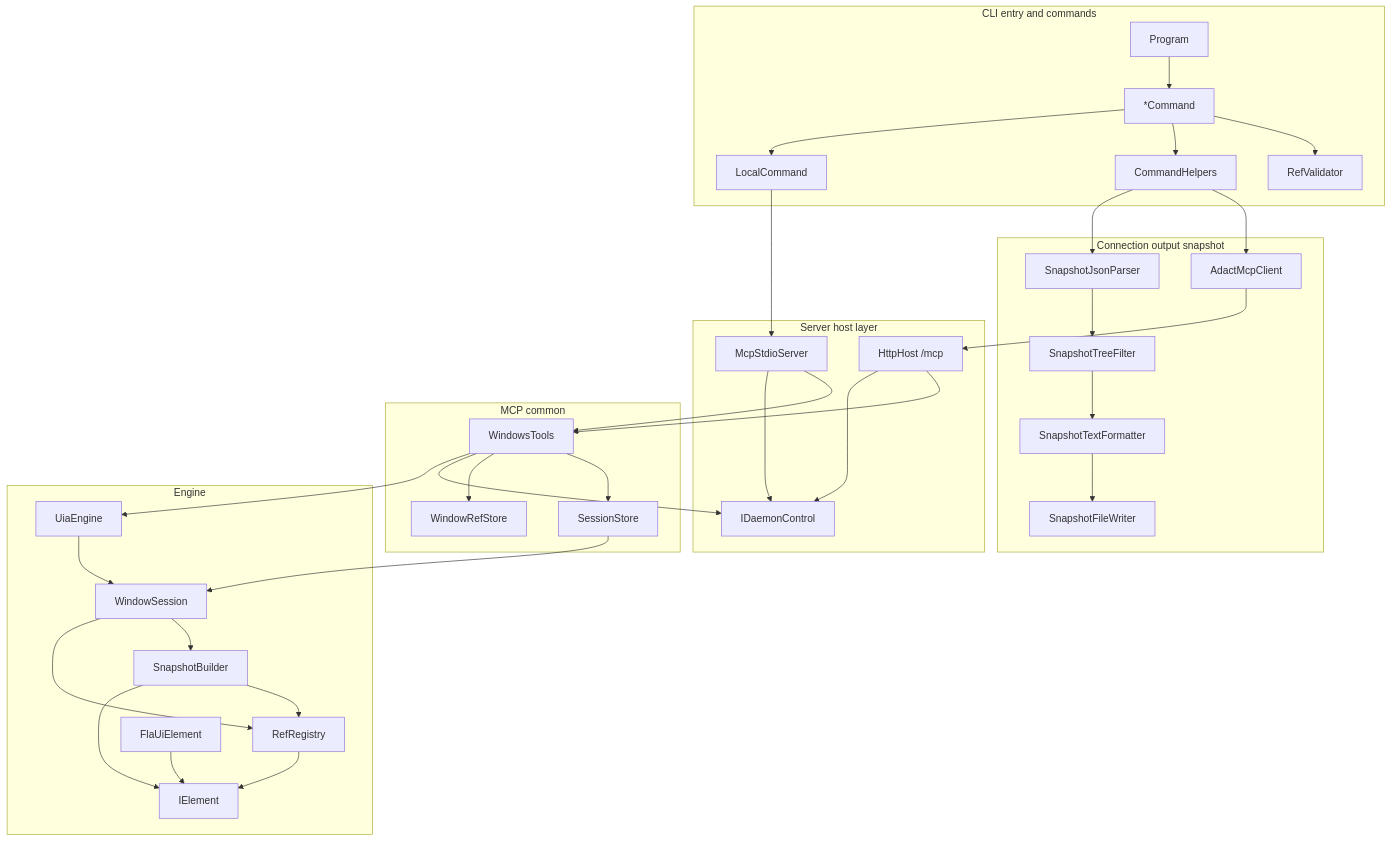
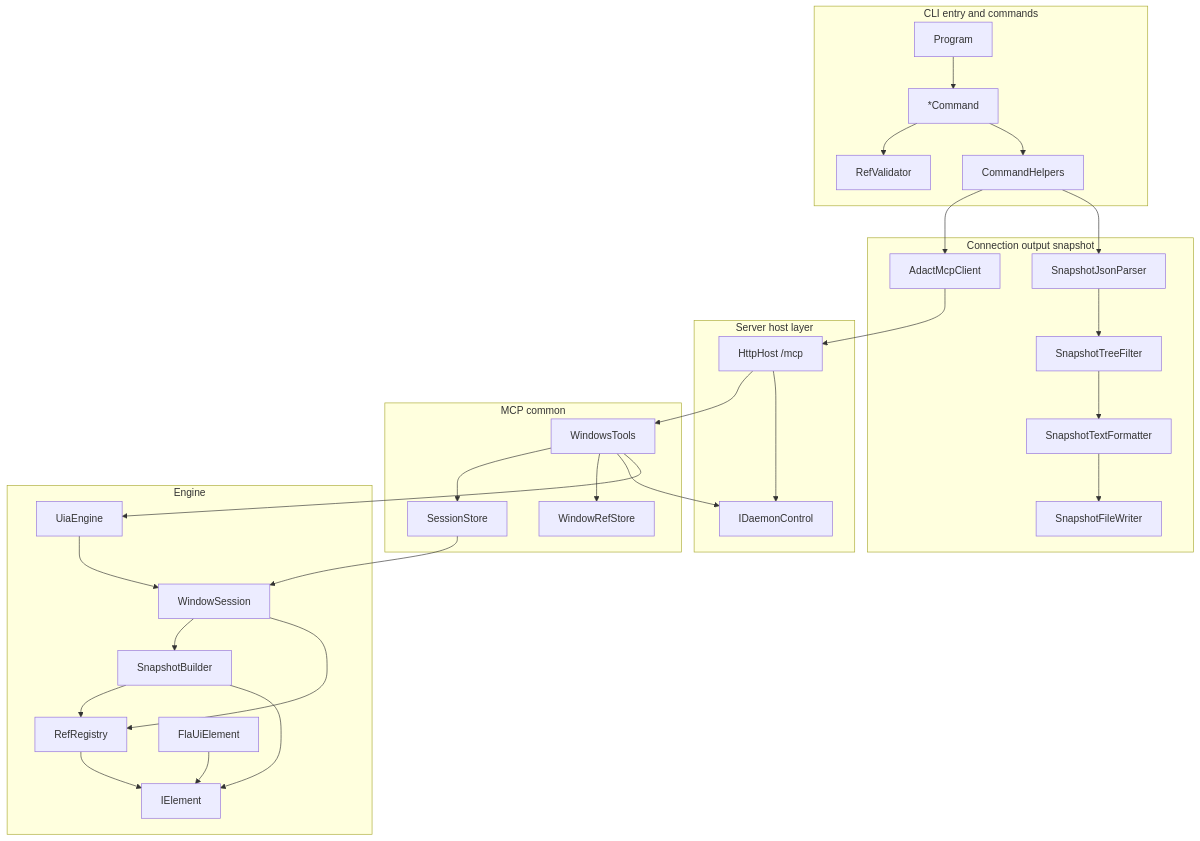
The diagram in docs/architecture/class-responsibilities.md (84q/adact), drawn with Mermaid before and after one commit. The commit also changed other lines of this file and 56 other files, not shown here.

First line of the commit message:
Named Pipe/HTTP 統合 (ID 18,19): serve pipe をデフォルトに、stdio (local) を廃止

````diff
--- a/docs/architecture/class-responsibilities.md
+++ b/docs/architecture/class-responsibilities.md
@@ -5,62 +5,61 @@
 ```mermaid
 flowchart TB
 	subgraph cliLayer[CLI entry and commands]
 		Program[Program]
 		Commands[*Command]
-		LocalCommand[LocalCommand]
+
 		Helpers[CommandHelpers]
 		Validator[RefValidator]
 	end
 
 	subgraph connectionLayer[Connection output snapshot]
 		Client[AdactMcpClient]
 		Parser[SnapshotJsonParser]
 		Filter[SnapshotTreeFilter]
 		Formatter[SnapshotTextFormatter]
 		Writer[SnapshotFileWriter]
 	end
 
 	subgraph serverHostLayer[Server host layer]
 		HttpHost[HttpHost /mcp]
-		StdioServer[McpStdioServer]
 		DaemonControl[IDaemonControl]
 	end
 
 	subgraph mcpLayer[MCP common]
 		Tools[WindowsTools]
 		Sessions[SessionStore]
 		Windows[WindowRefStore]
 	end
 
 	subgraph engineLayer[Engine]
 		Engine[UiaEngine]
 		Session[WindowSession]
 		Builder[SnapshotBuilder]
 		Registry[RefRegistry]
 		Element[IElement]
 		FlaUi[FlaUiElement]
 	end
 
 	Program --> Commands
 	Commands --> Validator
 	Commands --> Helpers
-	Commands --> LocalCommand
+
 	Helpers --> Client
 	Helpers --> Parser --> Filter --> Formatter --> Writer
 	Client --> HttpHost --> Tools
-	LocalCommand --> StdioServer --> Tools
+
 	HttpHost --> DaemonControl
-	StdioServer --> DaemonControl
+
 	Tools --> Sessions
 	Tools --> Windows
 	Tools --> DaemonControl
 	Tools --> Engine
 	Sessions --> Session
 	Engine --> Session
 	Session --> Builder
 	Session --> Registry
 	Builder --> Registry
 	Builder --> Element
 	Registry --> Element
 	FlaUi --> Element
 ```
````
